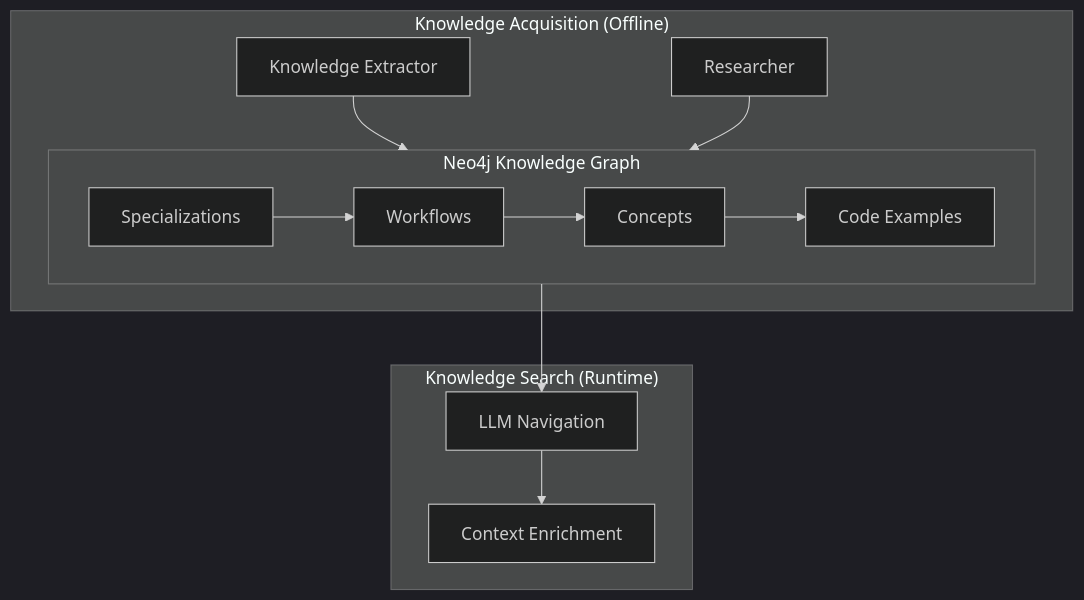
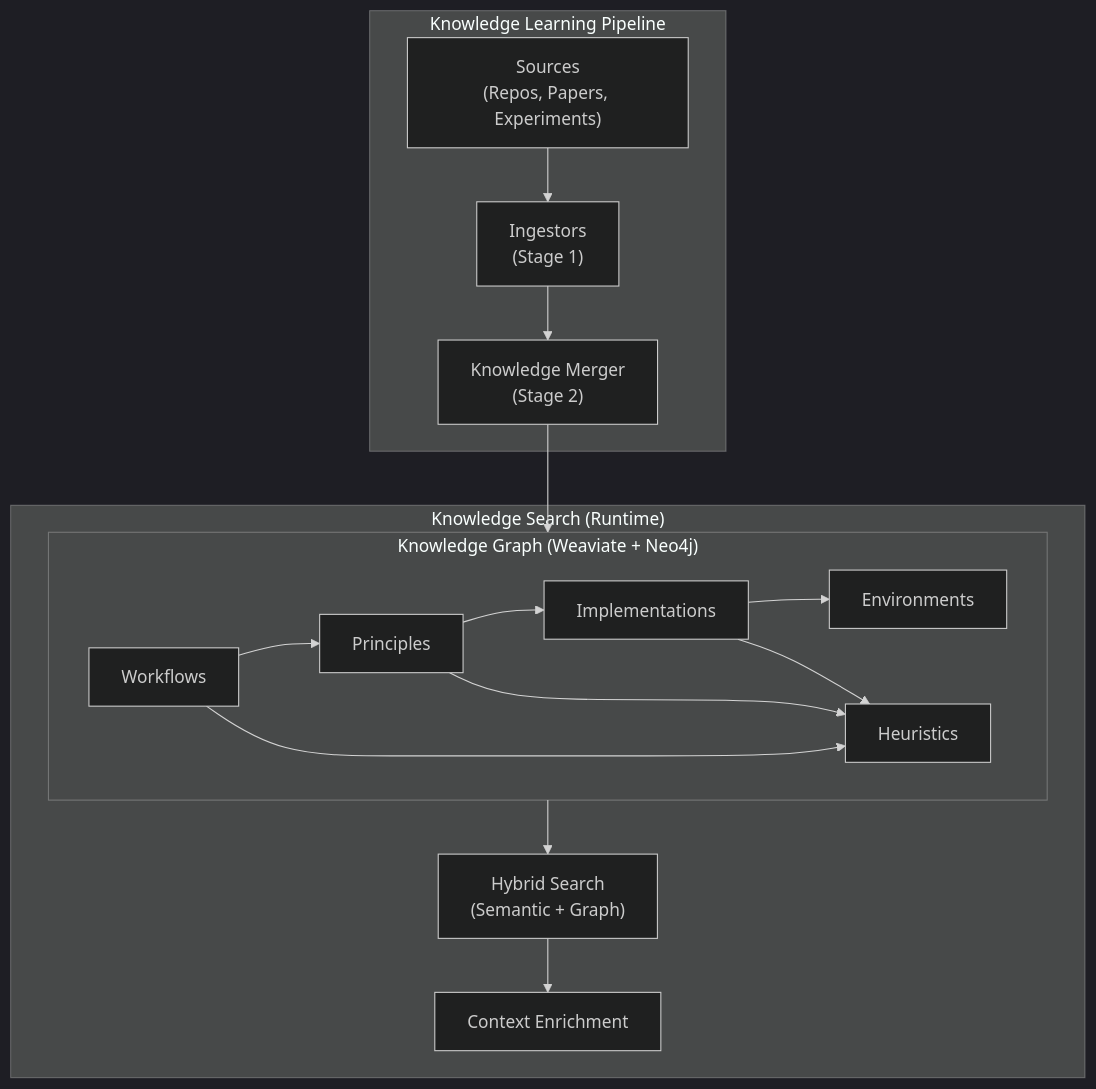
One commit to Leeroo-AI/kapso changed the first of 2 diagrams in docs/concepts/knowledge-system.mdx. Above: the diagram before and after it, drawn with Mermaid (dark theme). The commit also changed other lines of this file and 3 other files, not shown here.

````diff
--- a/docs/concepts/knowledge-system.mdx
+++ b/docs/concepts/knowledge-system.mdx
@@ -10,23 +10,31 @@
 ```mermaid
 flowchart TB
-    subgraph Acquisition["Knowledge Acquisition (Offline)"]
-        EXT["Knowledge Extractor"]
-        RES["Researcher"]
-        EXT --> KG
-        RES --> KG
+    subgraph Acquisition["Knowledge Learning Pipeline"]
+        Sources["Sources\n(Repos, Papers, Experiments)"]
+        Ingestors["Ingestors\n(Stage 1)"]
+        Merger["Knowledge Merger\n(Stage 2)"]
+        Sources --> Ingestors
+        Ingestors --> Merger
     end
     
-    subgraph KG["Neo4j Knowledge Graph"]
-        SPEC["Specializations"]
+    subgraph KG["Knowledge Graph (Weaviate + Neo4j)"]
         WORK["Workflows"]
-        CONC["Concepts"]
-        CODE["Code Examples"]
-        SPEC --> WORK --> CONC --> CODE
+        PRINC["Principles"]
+        IMPL["Implementations"]
+        ENV["Environments"]
+        HEUR["Heuristics"]
+        WORK --> PRINC --> IMPL
+        IMPL --> ENV
+        WORK --> HEUR
+        PRINC --> HEUR
+        IMPL --> HEUR
     end
     
+    Merger --> KG
+    
     subgraph Search["Knowledge Search (Runtime)"]
-        NAV["LLM Navigation"]
+        NAV["Hybrid Search\n(Semantic + Graph)"]
         KG --> NAV
         NAV --> CTX["Context Enrichment"]
     end
 ```
````
